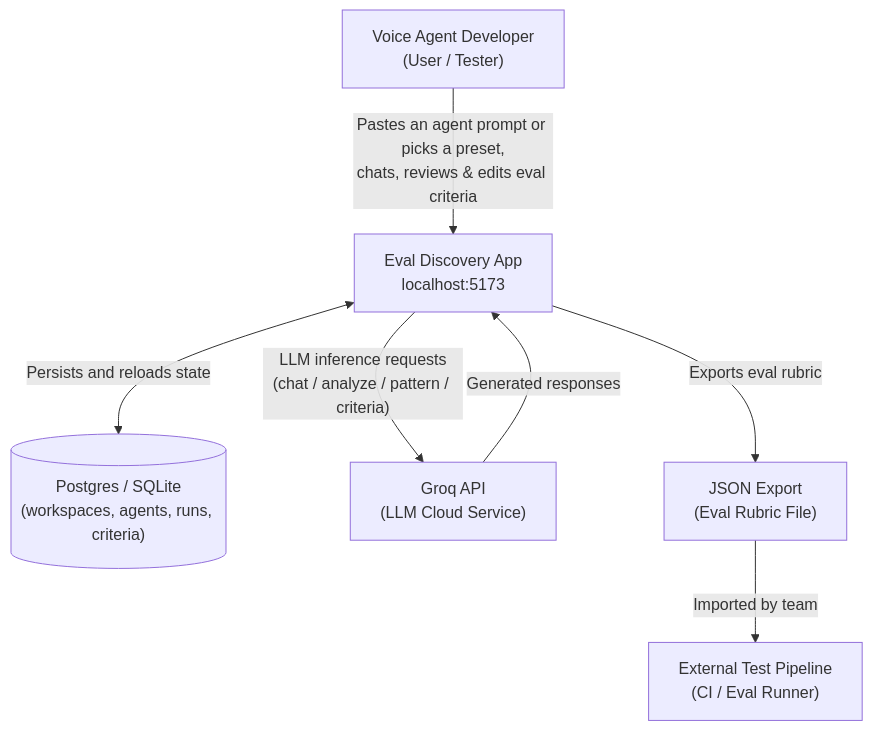
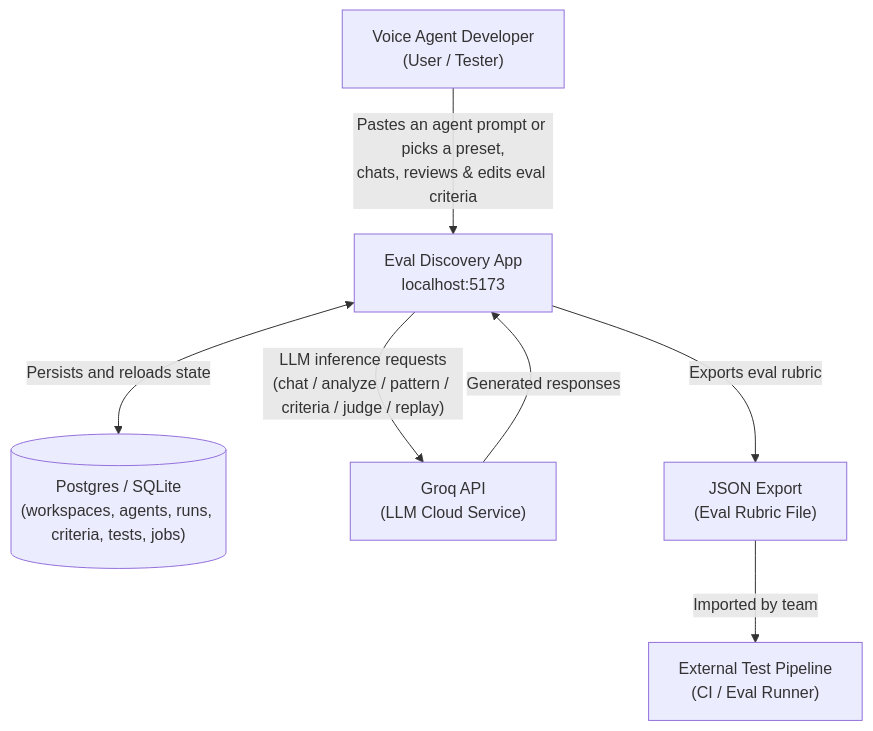
The first of 6 diagrams in docs/ARCHITECTURE.md (harikrshm/Eval-Discovery), drawn with Mermaid before and after one commit. The commit also changed other lines of this file and 2 other files, not shown here.

Commit message:
docs: Phase 2 tests, jobs and limits

````diff
--- a/docs/ARCHITECTURE.md
+++ b/docs/ARCHITECTURE.md
@@ -46,16 +48,16 @@
 ```mermaid
 graph TB
     Dev["Voice Agent Developer<br/>(User / Tester)"]
     System["Eval Discovery App<br/>localhost:5173"]
-    DB[("Postgres / SQLite<br/>(workspaces, agents, runs, criteria)")]
+    DB[("Postgres / SQLite<br/>(workspaces, agents, runs, criteria, tests, jobs)")]
     Groq["Groq API<br/>(LLM Cloud Service)"]
     Export["JSON Export<br/>(Eval Rubric File)"]
     TestPipeline["External Test Pipeline<br/>(CI / Eval Runner)"]
 
     Dev -->|"Pastes an agent prompt or picks a preset,<br/>chats, reviews & edits eval criteria"| System
     System <-->|"Persists and reloads state"| DB
-    System -->|"LLM inference requests<br/>(chat / analyze / pattern / criteria)"| Groq
+    System -->|"LLM inference requests<br/>(chat / analyze / pattern / criteria / judge / replay)"| Groq
     Groq -->|"Generated responses"| System
     System -->|"Exports eval rubric"| Export
     Export -->|"Imported by team"| TestPipeline
 ```
````
